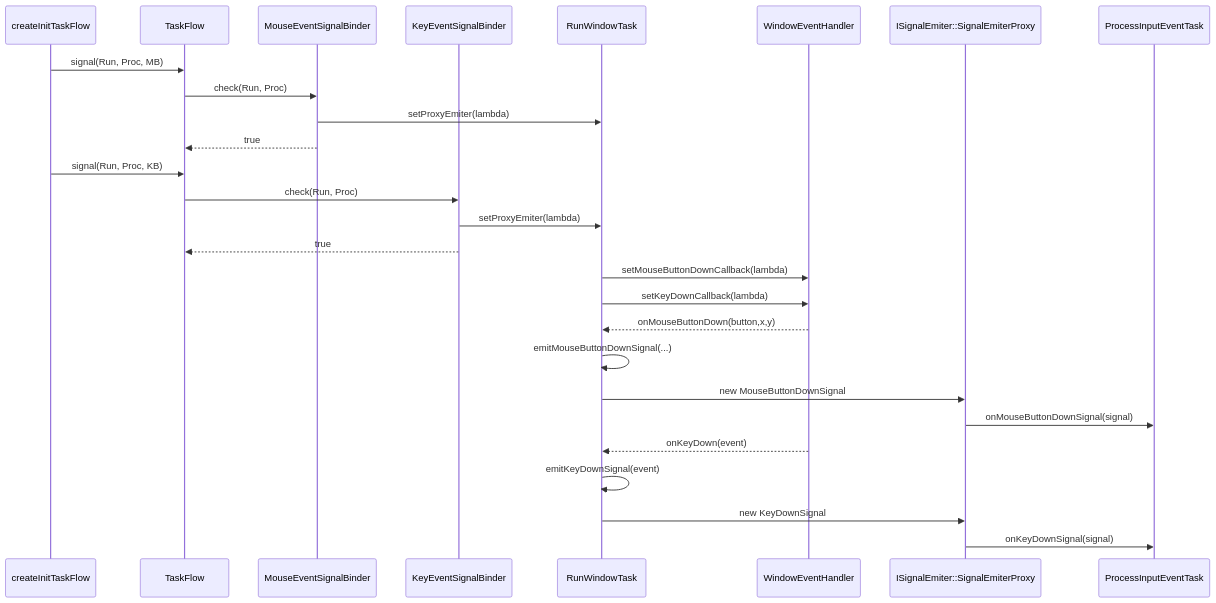
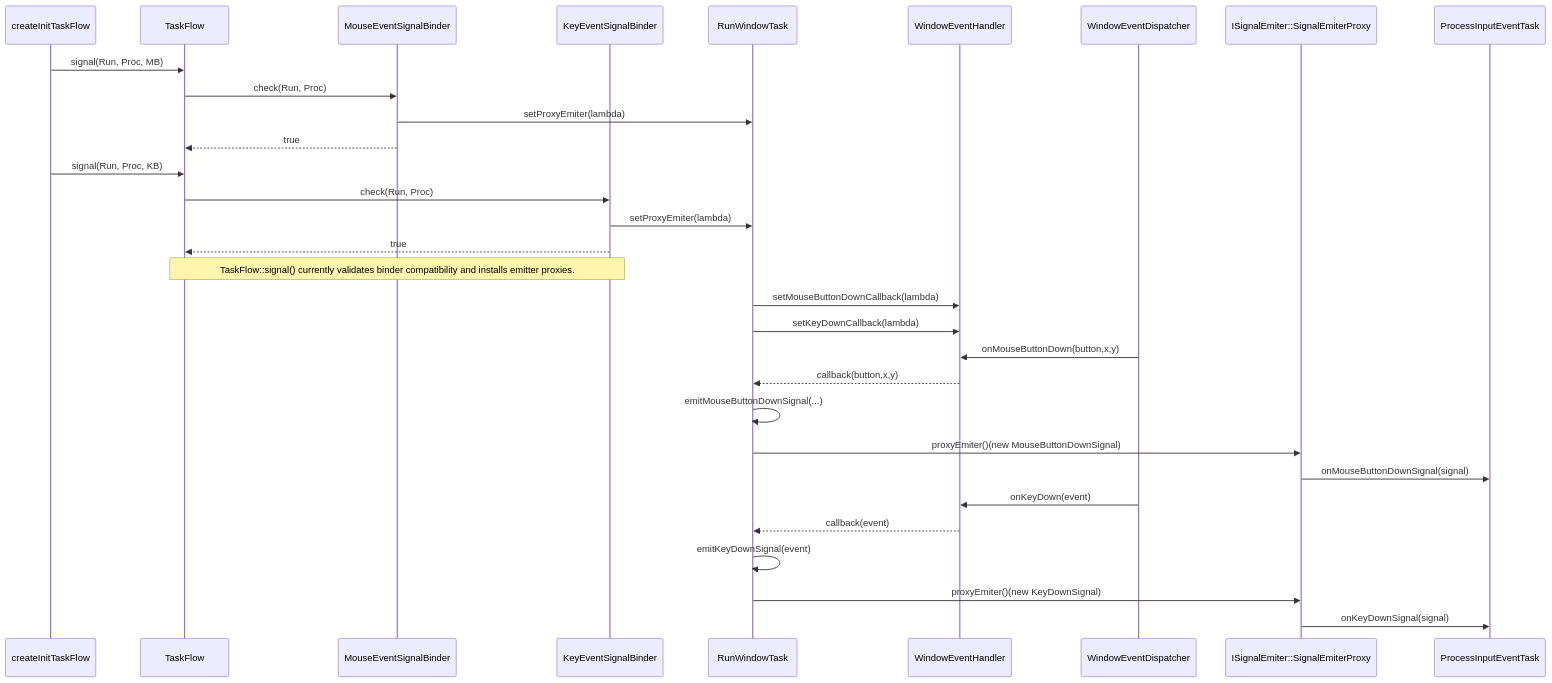
Before and after one commit to vigine-dev/Vigine: the diagram in doc/sequence-window-signal.md, drawn with Mermaid. The commit also changed 9 other files, not shown here.

````diff
--- a/doc/sequence-window-signal.md
+++ b/doc/sequence-window-signal.md
@@ -3,34 +3,39 @@
 ```mermaid
 sequenceDiagram
 participant Main as createInitTaskFlow
 participant TF as TaskFlow
 participant MB as MouseEventSignalBinder
 participant KB as KeyEventSignalBinder
 participant Run as RunWindowTask
 participant Handler as WindowEventHandler
+participant Disp as WindowEventDispatcher
 participant Proxy as ISignalEmiter::SignalEmiterProxy
 participant Proc as ProcessInputEventTask
 
 Main->>TF: signal(Run, Proc, MB)
 TF->>MB: check(Run, Proc)
 MB->>Run: setProxyEmiter(lambda)
 MB-->>TF: true
 
 Main->>TF: signal(Run, Proc, KB)
 TF->>KB: check(Run, Proc)
 KB->>Run: setProxyEmiter(lambda)
 KB-->>TF: true
 
+Note over TF,KB: TaskFlow::signal() currently validates binder compatibility and installs emitter proxies.
+
 Run->>Handler: setMouseButtonDownCallback(lambda)
 Run->>Handler: setKeyDownCallback(lambda)
 
-Handler-->>Run: onMouseButtonDown(button,x,y)
+Disp->>Handler: onMouseButtonDown(button,x,y)
+Handler-->>Run: callback(button,x,y)
 Run->>Run: emitMouseButtonDownSignal(...)
-Run->>Proxy: new MouseButtonDownSignal
+Run->>Proxy: proxyEmiter()(new MouseButtonDownSignal)
 Proxy->>Proc: onMouseButtonDownSignal(signal)
 
-Handler-->>Run: onKeyDown(event)
+Disp->>Handler: onKeyDown(event)
+Handler-->>Run: callback(event)
 Run->>Run: emitKeyDownSignal(event)
-Run->>Proxy: new KeyDownSignal
+Run->>Proxy: proxyEmiter()(new KeyDownSignal)
 Proxy->>Proc: onKeyDownSignal(signal)
 ```
````
